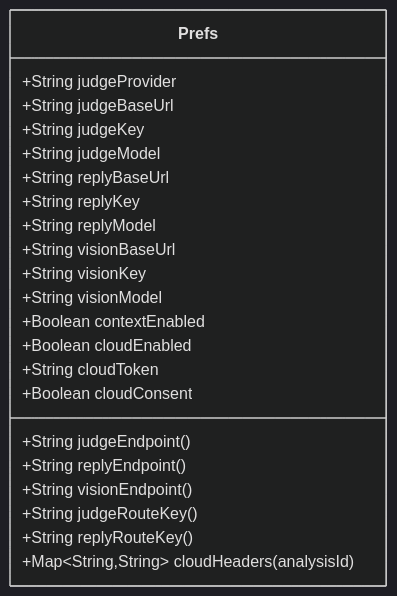
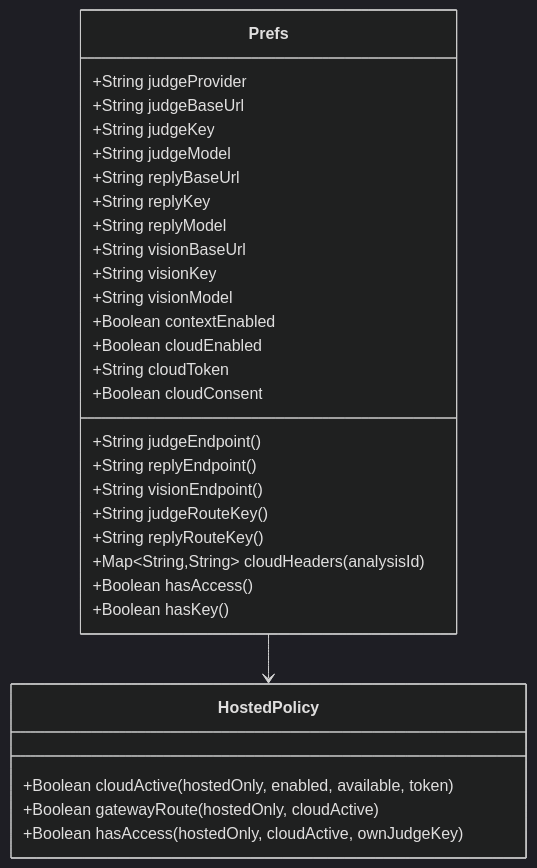
Before and after one commit to DeloYong/jev-chat-jarvis: the fourth of 11 diagrams in .qoder/repowiki/en/content/Security & Privacy.md, drawn with Mermaid (dark theme). The commit also changed other lines of this file and 66 other files, not shown here.

````diff
--- a/.qoder/repowiki/en/content/Security & Privacy.md
+++ b/.qoder/repowiki/en/content/Security & Privacy.md
@@ -175,25 +200,33 @@
 ```mermaid
 classDiagram
 class Prefs {
 +String judgeProvider
 +String judgeBaseUrl
 +String judgeKey
 +String judgeModel
 +String replyBaseUrl
 +String replyKey
 +String replyModel
 +String visionBaseUrl
 +String visionKey
 +String visionModel
 +Boolean contextEnabled
 +Boolean cloudEnabled
 +String cloudToken
 +Boolean cloudConsent
 +String judgeEndpoint()
 +String replyEndpoint()
 +String visionEndpoint()
 +String judgeRouteKey()
 +String replyRouteKey()
 +Map~String,String~ cloudHeaders(analysisId)
++Boolean hasAccess()
++Boolean hasKey()
 }
+class HostedPolicy {
++Boolean cloudActive(hostedOnly, enabled, available, token)
++Boolean gatewayRoute(hostedOnly, cloudActive)
++Boolean hasAccess(hostedOnly, cloudActive, ownJudgeKey)
+}
+Prefs --> HostedPolicy
 ```
````
